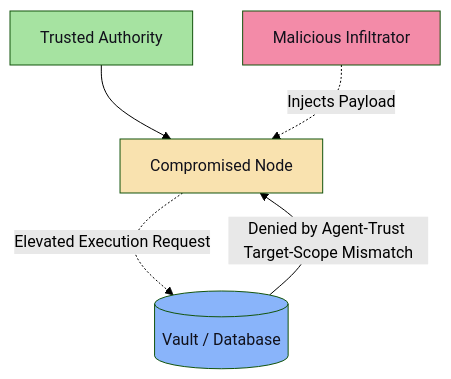
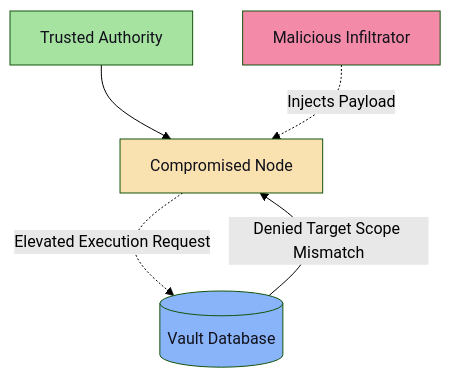
One commit to MrDecryptDecipher/Agent-Trust changed diagram 15 of 30 in README.md. Above: the diagram before and after it, drawn with Mermaid (forest theme). The commit also changed other lines of this file, not shown here.

````diff
--- a/README.md
+++ b/README.md
@@ -314,13 +314,13 @@
 ```mermaid
-graph TD
-    classDef good fill:#a6e3a1,color:#11111b;
-    classDef weak fill:#f9e2af,color:#11111b;
-    classDef bad fill:#f38ba8,color:#11111b;
-    classDef db fill:#89b4fa,color:#11111b;
+flowchart TD
+    classDef good fill:#a6e3a1,color:#11111b
+    classDef weak fill:#f9e2af,color:#11111b
+    classDef bad fill:#f38ba8,color:#11111b
+    classDef db fill:#89b4fa,color:#11111b
 
     Good["Trusted Authority"]:::good --> Weak["Compromised Node"]:::weak
-    Bad["Malicious Infiltrator"]:::bad -. "Injects Payload" .-> Weak
-    Weak -. "Elevated Execution Request" .-> Target[("Vault / Database")]:::db
+    Bad["Malicious Infiltrator"]:::bad -.->|Injects Payload| Weak
+    Weak -.->|Elevated Execution Request| Target[("Vault Database")]:::db
     
-    Target -- "Denied by Agent-Trust Target-Scope Mismatch" --> Weak
+    Target -->|Denied Target Scope Mismatch| Weak
 ```
````
